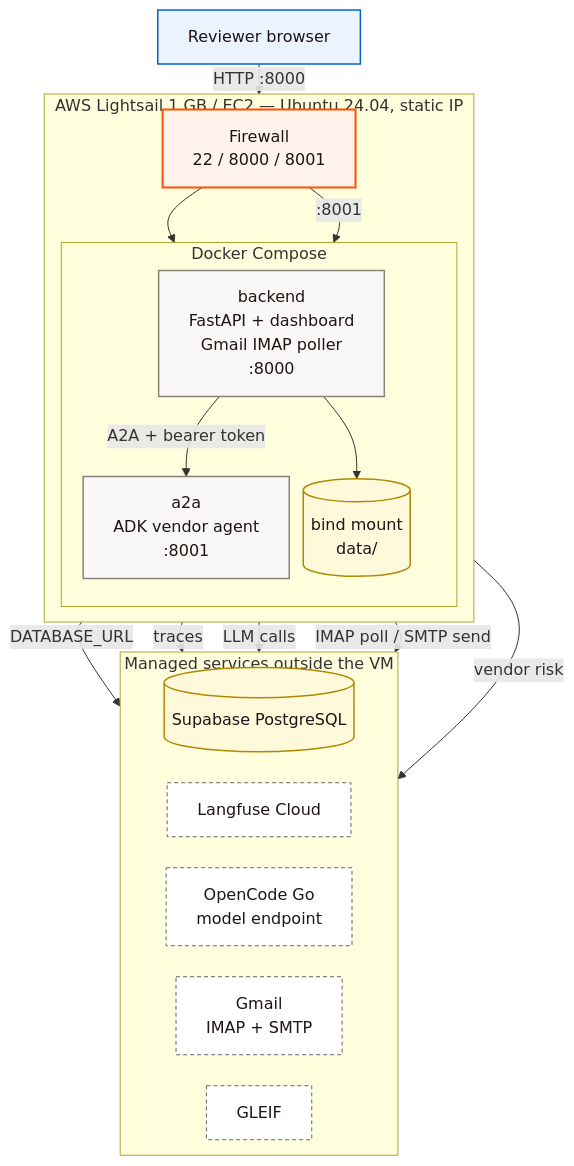
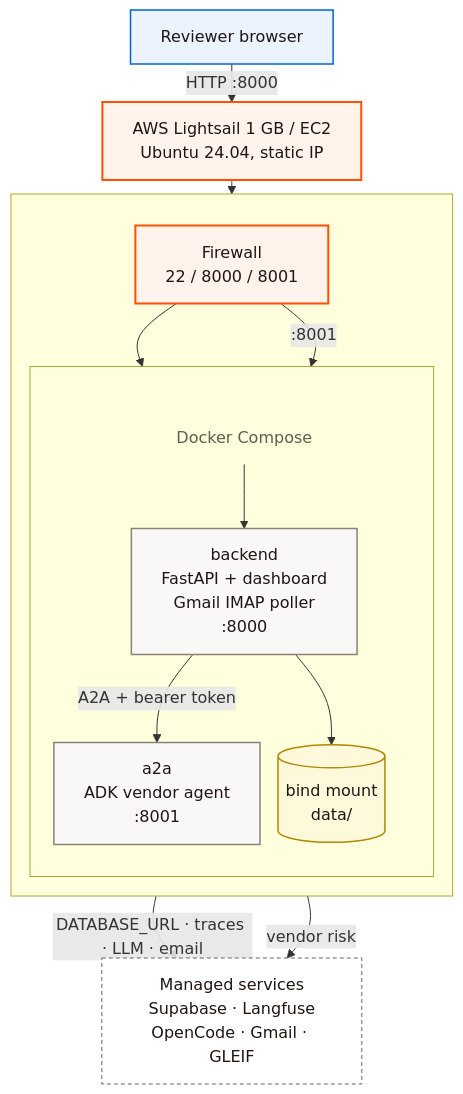
One commit to sjreal/RedLiner changed the diagram in docs/diagrams/aws-deployment.mmd. Above: the diagram before and after it, drawn with Mermaid. The commit also changed 12 other files, not shown here.

Commit message:
docs: compact diagram layouts and reduce spacing

```diff
--- a/docs/diagrams/aws-deployment.mmd
+++ b/docs/diagrams/aws-deployment.mmd
@@ -1,41 +1,34 @@
-%%{init: {"flowchart": {"nodeSpacing": 14, "rankSpacing": 6, "diagramPadding": 2, "curve": "basis"}}}%%
+%%{init: {"layout": "dagre", "flowchart": {"nodeSpacing": 18, "rankSpacing": 14, "diagramPadding": 4, "subGraphTitleMargin": {"top": 10, "bottom": 2}, "curve": "basis"}}}%%
 flowchart TD
     classDef user fill:#EBF3FF,stroke:#0066CC,stroke-width:1.5px,color:#201515;
     classDef aws fill:#FFF3EB,stroke:#FF4F00,stroke-width:2px,color:#201515;
     classDef box fill:#F9F8F6,stroke:#8A8178,stroke-width:1.5px,color:#201515;
     classDef store fill:#FFF9DB,stroke:#B08900,stroke-width:1.5px,color:#201515;
     classDef ext fill:#FFFFFF,stroke:#666666,stroke-dasharray: 4 3,color:#201515;
+    classDef groupLabel fill:transparent,stroke:transparent,color:#605D52;
 
     Reviewer["Reviewer browser"]:::user
+    Host["AWS Lightsail 1 GB / EC2<br/>Ubuntu 24.04, static IP"]:::aws
 
-    subgraph AWS["AWS Lightsail 1 GB / EC2 — Ubuntu 24.04, static IP"]
+    subgraph AWS[" "]
         direction TB
         Firewall["Firewall<br/>22 / 8000 / 8001"]:::aws
-        subgraph Compose["Docker Compose"]
+        subgraph Compose[" "]
             direction TB
+            ComposeLabel["Docker Compose"]:::groupLabel
             Backend["backend<br/>FastAPI + dashboard<br/>Gmail IMAP poller<br/>:8000"]:::box
             A2A["a2a<br/>ADK vendor agent<br/>:8001"]:::box
             Data[("bind mount<br/>data/")]:::store
         end
     end
 
-    subgraph SaaS["Managed services outside the VM"]
-        direction TB
-        Supabase[("Supabase PostgreSQL")]:::store
-        Langfuse["Langfuse Cloud"]:::ext
-        OpenCode["OpenCode Go<br/>model endpoint"]:::ext
-        Gmail["Gmail<br/>IMAP + SMTP"]:::ext
-        OSINT["GLEIF"]:::ext
-        Supabase ~~~ Langfuse ~~~ OpenCode ~~~ Gmail ~~~ OSINT
-    end
+    Managed["Managed services<br/>Supabase · Langfuse<br/>OpenCode · Gmail · GLEIF"]:::ext
 
-    Reviewer -->|HTTP :8000| Firewall
+    Reviewer -->|HTTP :8000| Host --> Firewall
     Firewall --> Backend
+    ComposeLabel --> Backend
     Firewall -->|:8001| A2A
     Backend -->|A2A + bearer token| A2A
-    Backend -->|DATABASE_URL| Supabase
-    Backend -->|traces| Langfuse
-    Backend -->|LLM calls| OpenCode
-    Backend -->|IMAP poll / SMTP send| Gmail
-    A2A -->|vendor risk| OSINT
+    Backend -->|DATABASE_URL · traces · LLM · email| Managed
+    A2A -->|vendor risk| Managed
     Backend --> Data
```
